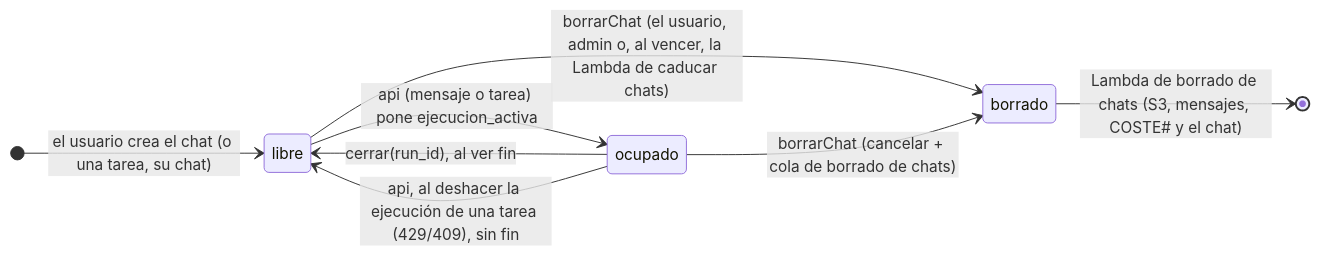
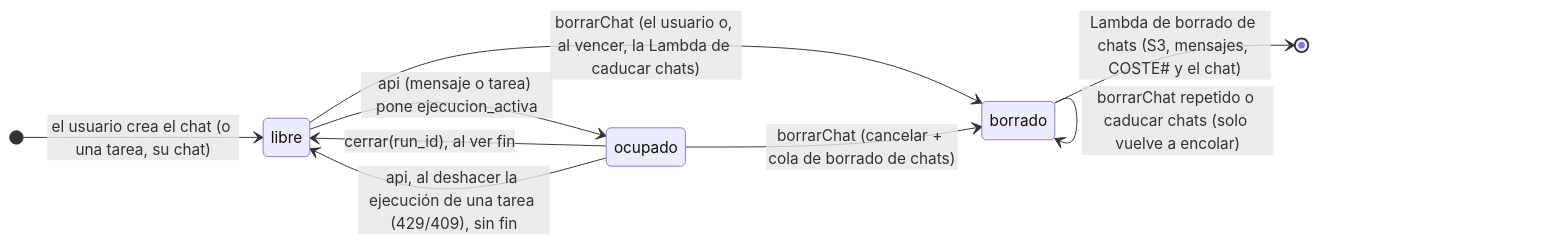
Before and after one commit to ikermendi/sample-agent-platform-with-agentcore: the fifth of 10 diagrams in docs/arquitectura-agentes.md, drawn with Mermaid. The commit also changed other lines of this file and 1 other file, not shown here.

````diff
--- a/docs/arquitectura-agentes.md
+++ b/docs/arquitectura-agentes.md
@@ -615,11 +614,12 @@
 ```mermaid
 stateDiagram-v2
   direction LR
   [*] --> libre : el usuario crea el chat (o una tarea, su chat)
   libre --> ocupado : api (mensaje o tarea) pone ejecucion_activa
   ocupado --> libre : cerrar(run_id), al ver fin
   ocupado --> libre : api, al deshacer la ejecución de una tarea (429/409), sin fin
-  libre --> borrado : borrarChat (el usuario, admin o, al vencer, la Lambda de caducar chats)
+  libre --> borrado : borrarChat (el usuario o, al vencer, la Lambda de caducar chats)
   ocupado --> borrado : borrarChat (cancelar + cola de borrado de chats)
+  borrado --> borrado : borrarChat repetido o caducar chats (solo vuelve a encolar)
   borrado --> [*] : Lambda de borrado de chats (S3, mensajes, COSTE# y el chat)
 ```
````
